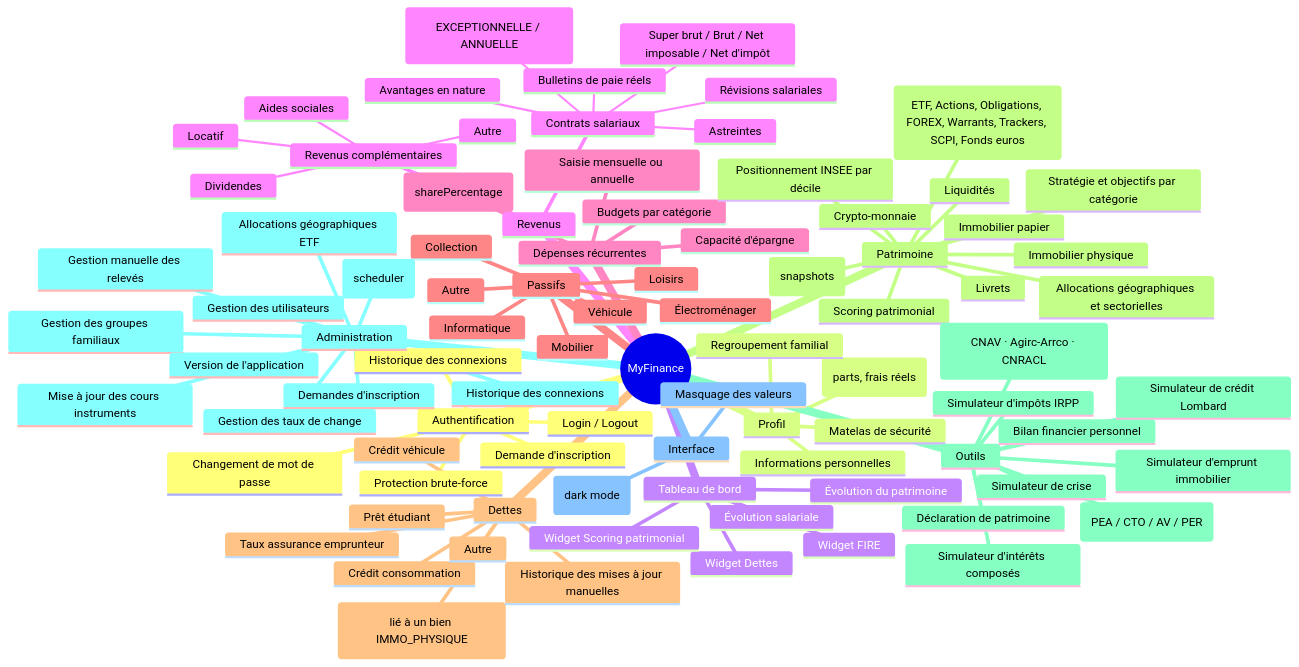
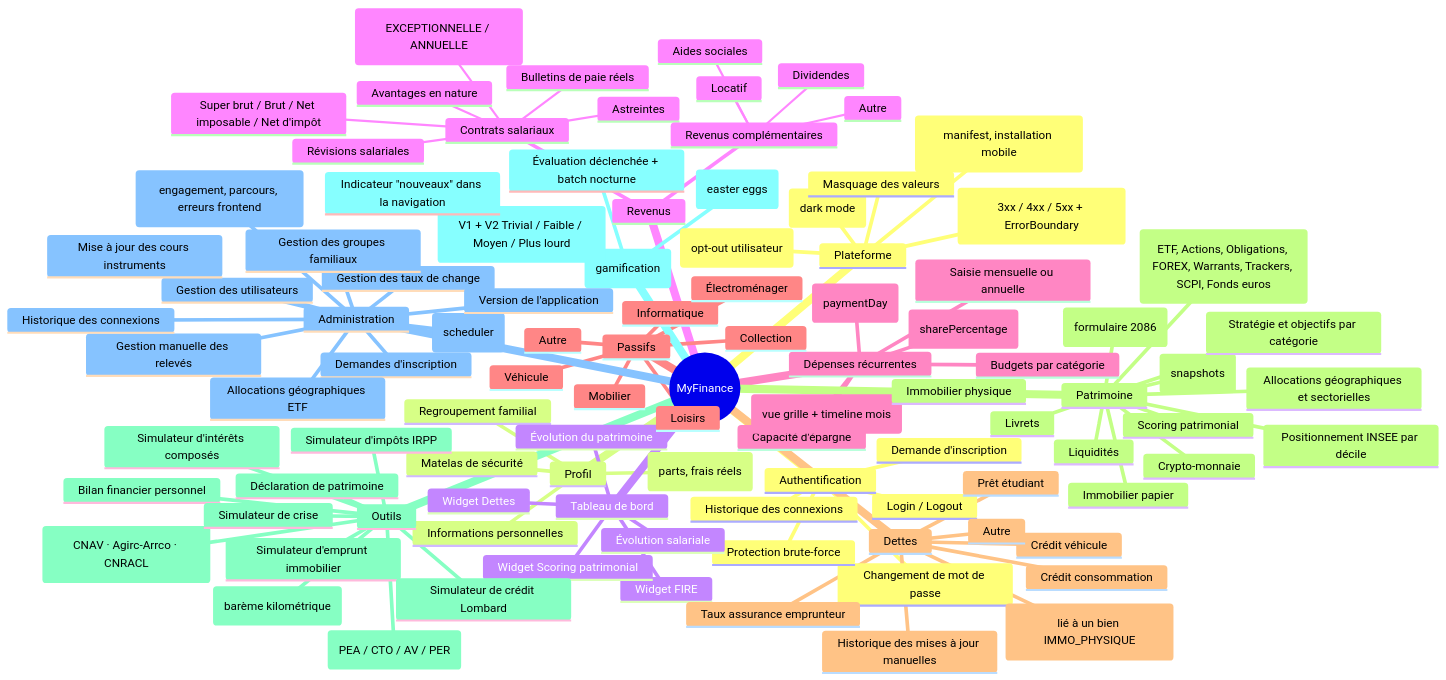
One commit to Neogost/MyFinance changed the diagram in docs/architecture/overview.md. Above: the diagram before and after it, drawn with Mermaid. The commit also changed other lines of this file and 1 other file, not shown here.

````diff
--- a/docs/architecture/overview.md
+++ b/docs/architecture/overview.md
@@ -59,6 +59,8 @@
         Répartition colocation (sharePercentage)
         Budgets par catégorie
         Capacité d'épargne
+        Calendrier des abonnements (vue grille + timeline mois)
+        Jour de prélèvement (paymentDay)
     Passifs
         Véhicule
         Informatique
@@ -87,6 +89,7 @@
         Stratégie et objectifs par catégorie
         Scoring patrimonial
         Positionnement INSEE par décile
+        Fiscalité crypto (formulaire 2086)
     Outils
         Simulateur d'impôts IRPP
         Bilan financier personnel
@@ -97,6 +100,12 @@
         Simulateur retraite (CNAV · Agirc-Arrco · CNRACL)
         Déclaration de patrimoine
         Simulateur de crise
+        Référentiel fiscal (barème kilométrique)
+    Hauts faits (gamification)
+        67 badges (V1 + V2 Trivial / Faible / Moyen / Plus lourd)
+        Évaluation déclenchée + batch nocturne
+        Badges secrets (easter eggs)
+        Indicateur "nouveaux" dans la navigation
     Administration
         Gestion des utilisateurs
         Demandes d'inscription
@@ -108,7 +117,11 @@
         Gestion des groupes familiaux
         Mise à jour automatique des cours (scheduler)
         Version de l'application
-    Interface
+        Analytics (engagement, parcours, erreurs frontend)
+    Plateforme
         Mode nuit (dark mode)
         Masquage des valeurs
+        PWA (manifest, installation mobile)
+        Pages d'erreur HTTP (3xx / 4xx / 5xx + ErrorBoundary)
+        Tracking analytics (opt-out utilisateur)
 ```
````
